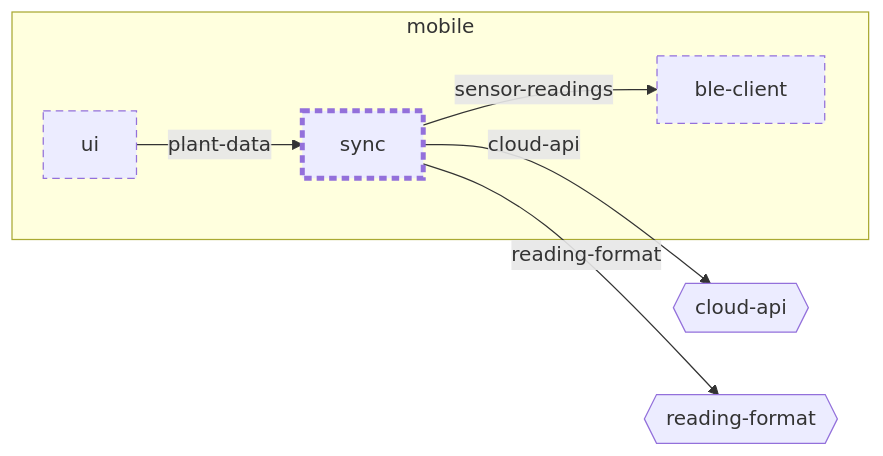
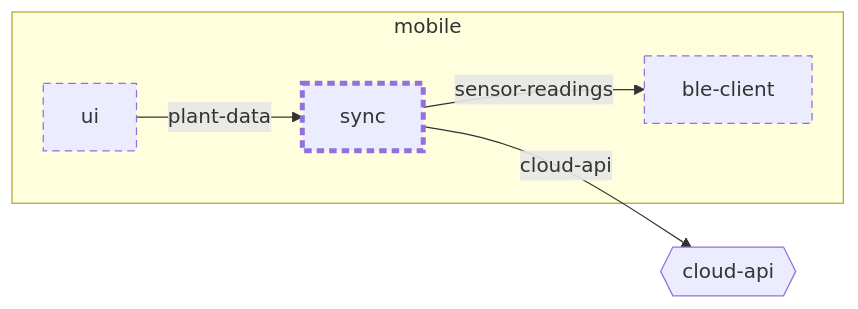
One commit to wackazong/unifold changed the diagram in examples/plantwatch/mobile/sync/docs/diagrams/context.md. Above: the diagram before and after it, drawn with Mermaid. The commit also changed other lines of this file and 383 other files, not shown here.

````diff
--- a/examples/plantwatch/mobile/sync/docs/diagrams/context.md
+++ b/examples/plantwatch/mobile/sync/docs/diagrams/context.md
@@ -8,20 +8,18 @@
 ```mermaid
 flowchart LR
   subgraph u_mobile["mobile"]
     u_mobile__ble_dclient["ble-client"]
     u_mobile__sync["sync"]
     u_mobile__ui["ui"]
   end
   n_mobile___cloud_dapi{{"cloud-api"}}
-  n_mobile___reading_dformat{{"reading-format"}}
   u_mobile__sync -->|"sensor-readings"| u_mobile__ble_dclient
   u_mobile__ui -->|"plant-data"| u_mobile__sync
   u_mobile__sync -->|"cloud-api"| n_mobile___cloud_dapi
-  u_mobile__sync -->|"reading-format"| n_mobile___reading_dformat
   classDef focus stroke-width:4px
   classDef planned stroke-dasharray:6 4
   classDef deprecated stroke-dasharray:2 2,opacity:0.6
   classDef plain stroke-dasharray:2 3
   class u_mobile__ble_dclient,u_mobile__sync,u_mobile__ui planned
   class u_mobile__sync focus
 ```
````
